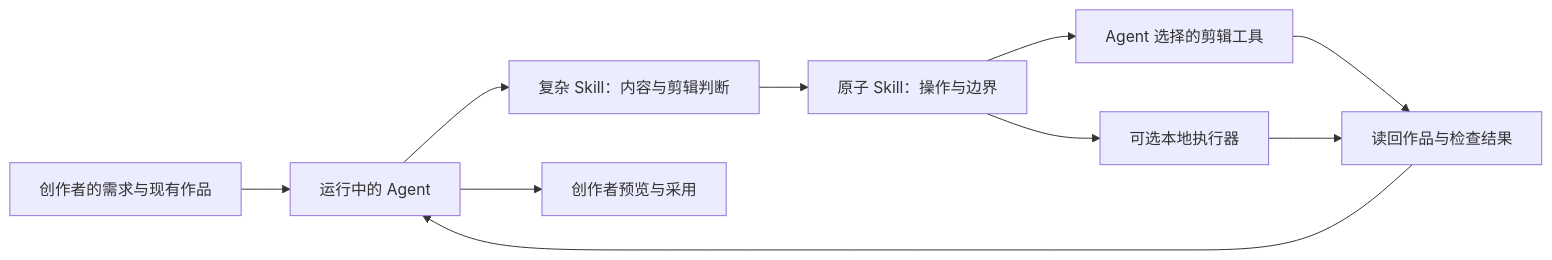
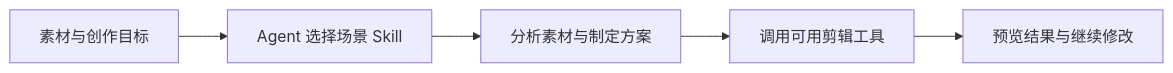
The diagram in README.md (dengxianghua888-ops/douyin-film-recap), drawn with Mermaid before and after one commit. The commit also changed other lines of this file and 4 other files, not shown here.

````diff
--- a/README.md
+++ b/README.md
@@ -21,12 +92,7 @@
 ```mermaid
 flowchart LR
-    U[创作者的需求与现有作品] --> A[运行中的 Agent]
-    A --> W[复杂 Skill：内容与剪辑判断]
-    W --> S[原子 Skill：操作与边界]
-    S --> E[Agent 选择的剪辑工具]
-    S --> R[可选本地执行器]
-    E --> V[读回作品与检查结果]
-    R --> V
-    V --> A
-    A --> C[创作者预览与采用]
+    A[素材与创作目标] --> B[Agent 选择场景 Skill]
+    B --> C[分析素材与制定方案]
+    C --> D[调用可用剪辑工具]
+    D --> E[预览结果与继续修改]
 ```
````
